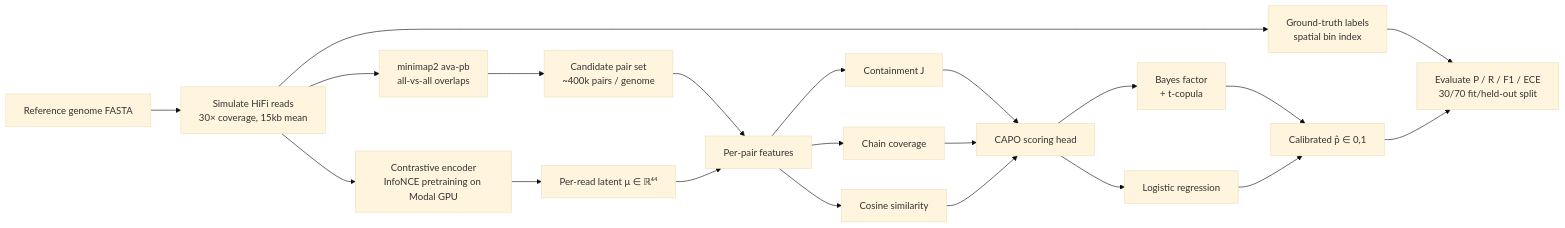
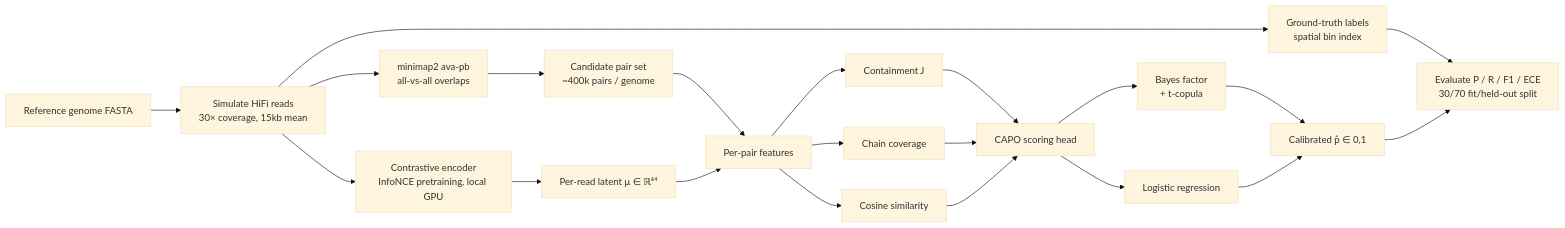
One commit to RajaGiddi/capo-paper changed the diagram in README.md. Above: the diagram before and after it, drawn with Mermaid (base theme). The commit also changed other lines of this file, not shown here.

Commit message:
Update README to reflect changes in pretraining setup; replace Modal GPU references with local GPU options

````diff
--- a/README.md
+++ b/README.md
@@ -53,29 +53,29 @@
 ```mermaid
 flowchart LR
     A[Reference genome FASTA] --> B[Simulate HiFi reads<br/>30× coverage, 15kb mean]
     B --> C[Ground-truth labels<br/>spatial bin index]
     B --> D[minimap2 ava-pb<br/>all-vs-all overlaps]
-    B --> E[Contrastive encoder<br/>InfoNCE pretraining on Modal GPU]
+    B --> E[Contrastive encoder<br/>InfoNCE pretraining, local GPU]
 
     D --> F[Candidate pair set<br/>~400k pairs / genome]
     E --> G[Per-read latent μ ∈ ℝ⁶⁴]
 
     F --> H[Per-pair features]
     G --> H
     H --> H1[Containment J]
     H --> H2[Chain coverage]
     H --> H3[Cosine similarity]
 
     H1 --> I[CAPO scoring head]
     H2 --> I
     H3 --> I
 
     I --> J1[Bayes factor<br/>+ t-copula]
     I --> J2[Logistic regression]
 
     J1 --> K[Calibrated p̂ ∈ 0,1]
     J2 --> K
 
     C --> L[Evaluate P / R / F1 / ECE<br/>30/70 fit/held-out split]
     K --> L
 ```
````
